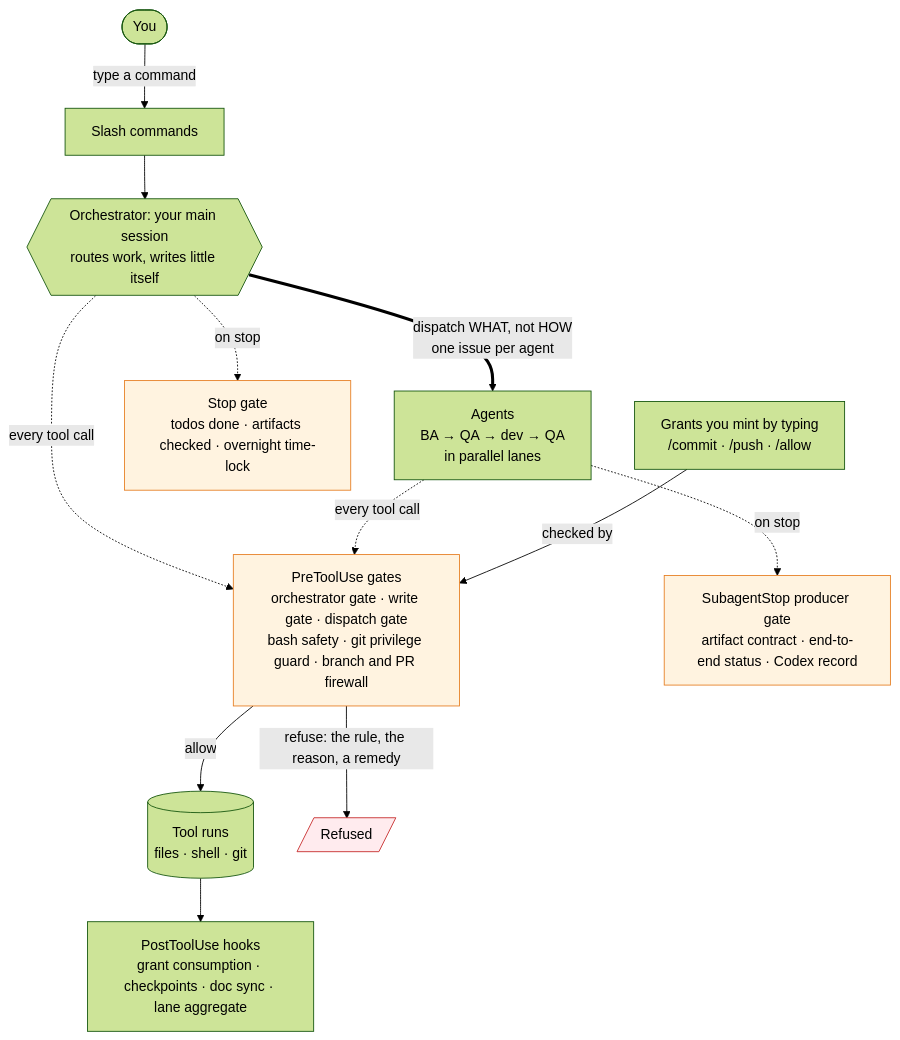
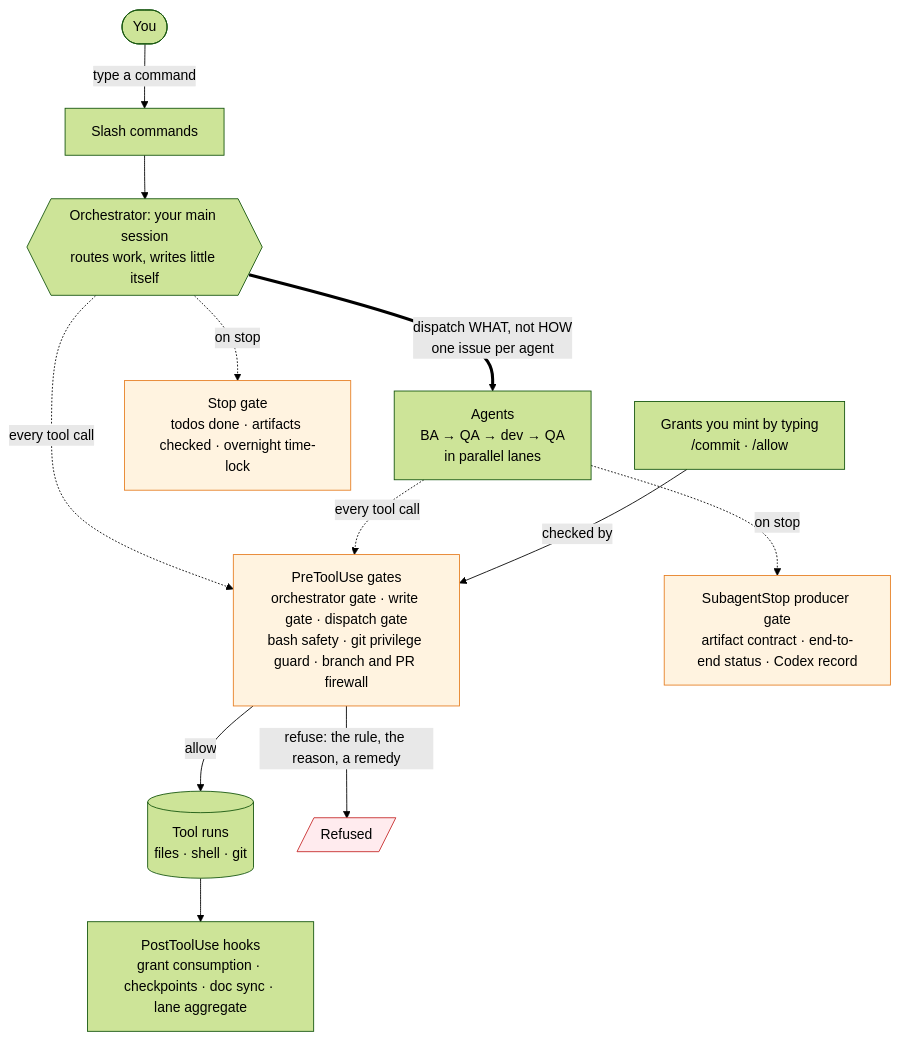
The third of 3 diagrams in README.md (Yugoge/awesome-claude-harness), drawn with Mermaid (forest theme) before and after one commit. The commit also changed other lines of this file, not shown here.

````diff
--- a/README.md
+++ b/README.md
@@ -173,22 +175,22 @@
 ```mermaid
 graph TD
     U([You]) -->|type a command| CMD[Slash commands]
     CMD --> ORC{{"Orchestrator: your main session<br/>routes work, writes little itself"}}
     ORC ==>|"dispatch WHAT, not HOW<br/>one issue per agent"| SUB["Agents<br/>BA → QA → dev → QA<br/>in parallel lanes"]
 
     ORC -.->|every tool call| PRE
     SUB -.->|every tool call| PRE
     PRE["PreToolUse gates<br/>orchestrator gate · write gate · dispatch gate<br/>bash safety · git privilege guard · branch and PR firewall"]
     PRE -->|allow| TOOL[("Tool runs<br/>files · shell · git")]
     PRE -->|"refuse: the rule, the reason, a remedy"| BLK[/Refused/]
     TOOL --> POST["PostToolUse hooks<br/>grant consumption · checkpoints · doc sync · lane aggregate"]
 
     SUB -.->|on stop| SS["SubagentStop producer gate<br/>artifact contract · end-to-end status · Codex record"]
     ORC -.->|on stop| SG["Stop gate<br/>todos done · artifacts checked · overnight time-lock"]
-    G["Grants you mint by typing<br/>/commit · /push · /allow"] -->|checked by| PRE
+    G["Grants you mint by typing<br/>/commit · /allow"] -->|checked by| PRE
 
     classDef restricted fill:#ffebee,stroke:#c62828
     classDef gate fill:#fff3e0,stroke:#e67e22
     class BLK restricted
     class PRE,SS,SG gate
 ```
````
